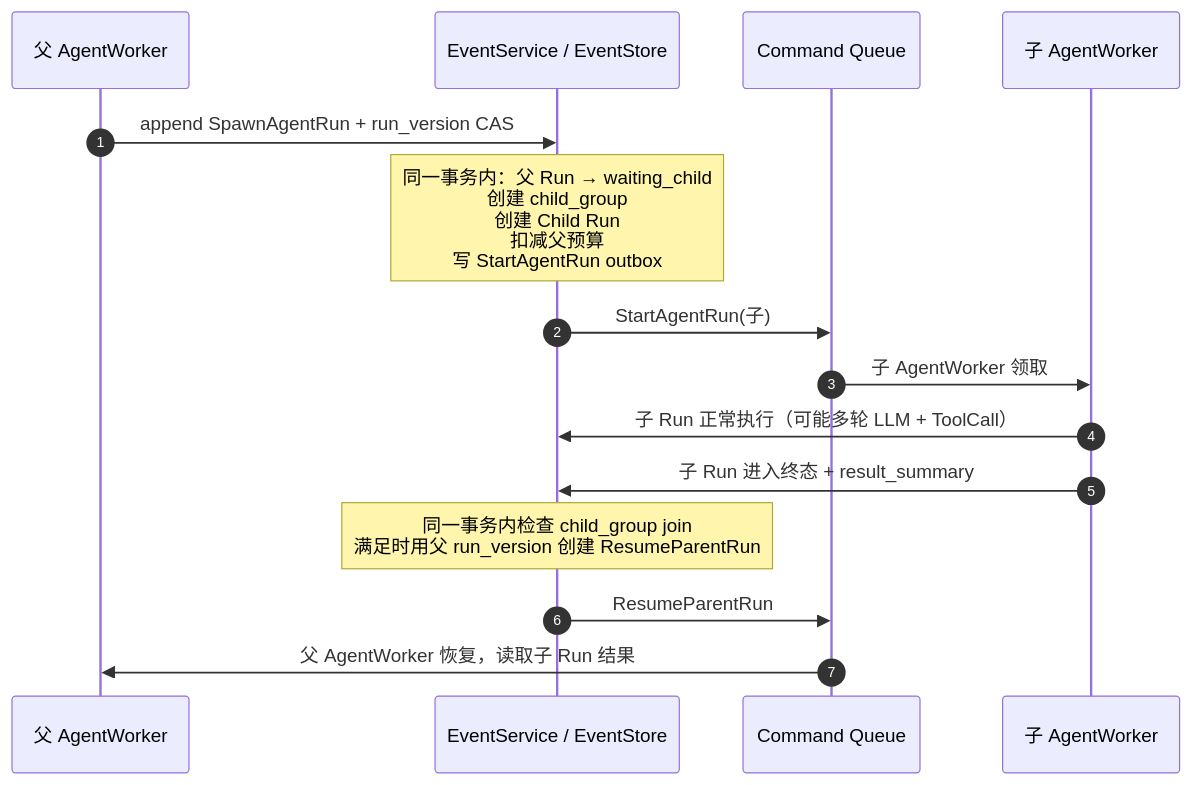
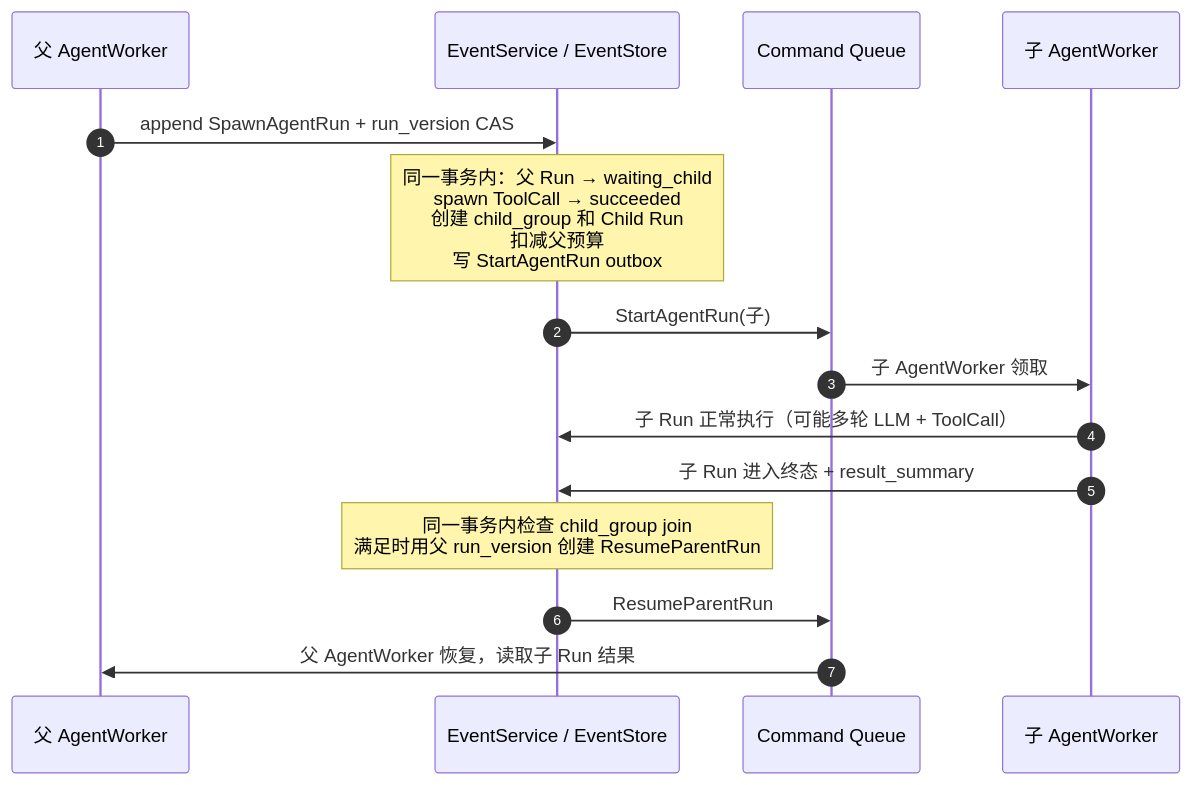
Before and after one commit to erweixin/langshift.dev: the first of 3 diagrams in docs/orchestration-patterns.md, drawn with Mermaid. The commit also changed other lines of this file and 10 other files, not shown here.

````diff
--- a/docs/orchestration-patterns.md
+++ b/docs/orchestration-patterns.md
@@ -78,20 +84,20 @@
 ```mermaid
 sequenceDiagram
   autonumber
   participant P as 父 AgentWorker
   participant ES as EventService / EventStore
   participant Q as Command Queue
   participant C as 子 AgentWorker
 
   P->>ES: append SpawnAgentRun + run_version CAS
-  Note over ES: 同一事务内：父 Run → waiting_child<br/>创建 child_group<br/>创建 Child Run<br/>扣减父预算<br/>写 StartAgentRun outbox
+  Note over ES: 同一事务内：父 Run → waiting_child<br/>spawn ToolCall → succeeded<br/>创建 child_group 和 Child Run<br/>扣减父预算<br/>写 StartAgentRun outbox
   ES->>Q: StartAgentRun(子)
   Q->>C: 子 AgentWorker 领取
 
   C->>ES: 子 Run 正常执行（可能多轮 LLM + ToolCall）
   C->>ES: 子 Run 进入终态 + result_summary
   Note over ES: 同一事务内检查 child_group join<br/>满足时用父 run_version 创建 ResumeParentRun
 
   ES->>Q: ResumeParentRun
   Q->>P: 父 AgentWorker 恢复，读取子 Run 结果
 ```
````
